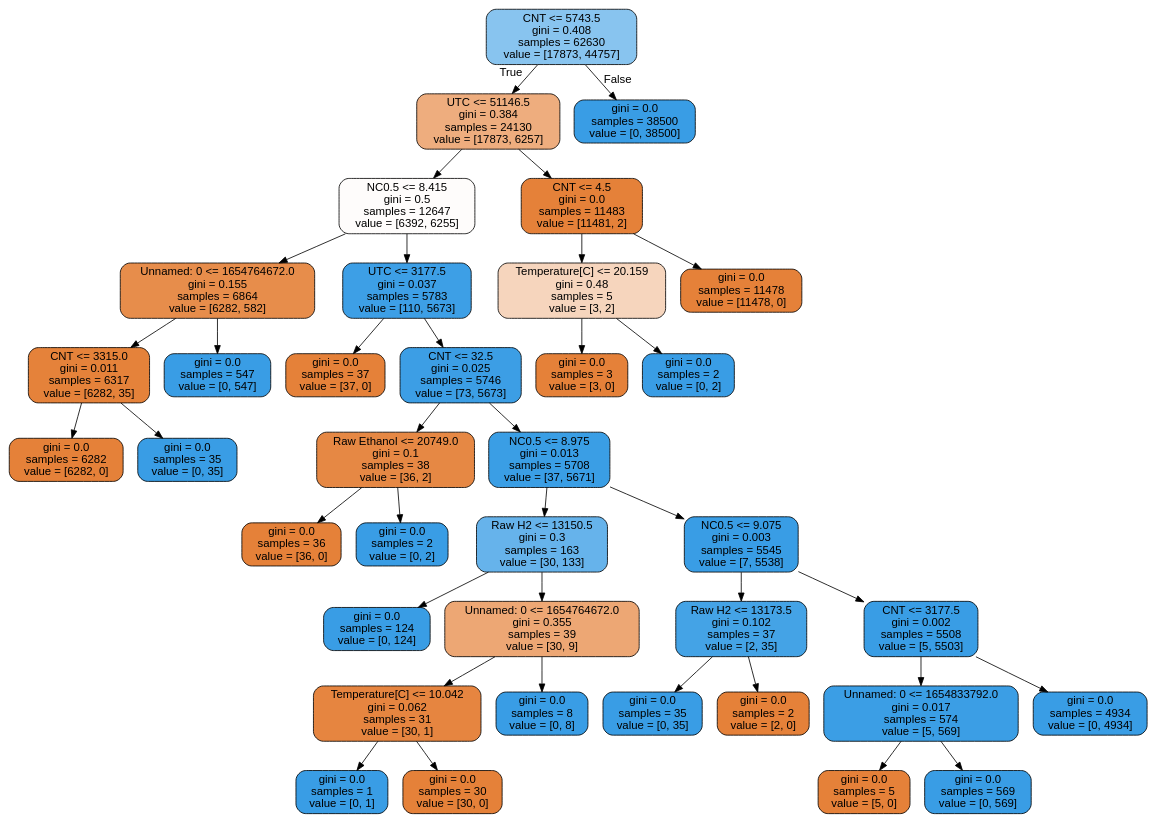
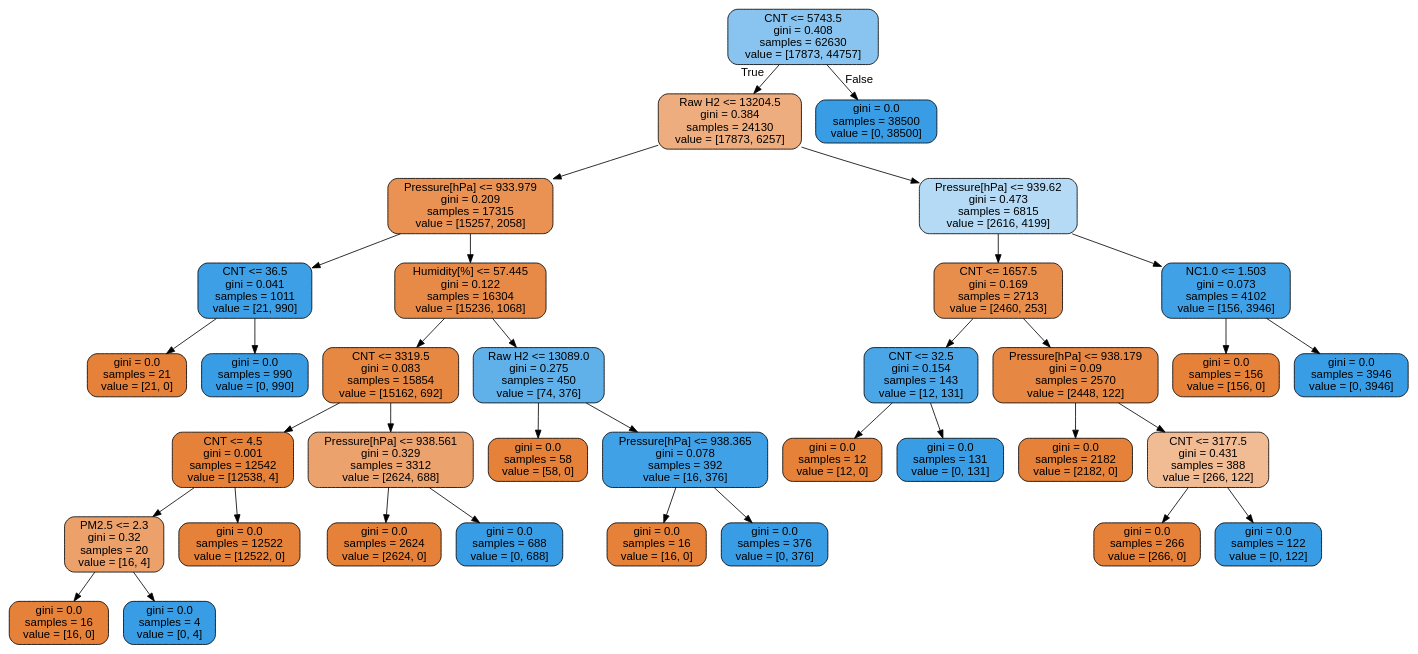
One commit to CommonDumlow/FirstMLmodel changed the diagram in model.dot. Above: the diagram before and after it, drawn with Graphviz. The commit also changed 3 other files, not shown here.

```diff
--- a/model.dot
+++ b/model.dot
@@ -1,77 +1,73 @@
 digraph Tree {
 node [shape=box, style="filled, rounded", color="black", fontname="helvetica"] ;
 edge [fontname="helvetica"] ;
 0 [label="CNT <= 5743.5\ngini = 0.408\nsamples = 62630\nvalue = [17873, 44757]", fillcolor="#88c4ef"] ;
-1 [label="UTC <= 51146.5\ngini = 0.384\nsamples = 24130\nvalue = [17873, 6257]", fillcolor="#eead7e"] ;
+1 [label="Raw H2 <= 13204.5\ngini = 0.384\nsamples = 24130\nvalue = [17873, 6257]", fillcolor="#eead7e"] ;
 0 -> 1 [labeldistance=2.5, labelangle=45, headlabel="True"] ;
-2 [label="NC0.5 <= 8.415\ngini = 0.5\nsamples = 12647\nvalue = [6392, 6255]", fillcolor="#fefcfb"] ;
+2 [label="Pressure[hPa] <= 933.979\ngini = 0.209\nsamples = 17315\nvalue = [15257, 2058]", fillcolor="#e99254"] ;
 1 -> 2 ;
-3 [label="Unnamed: 0 <= 1654764672.0\ngini = 0.155\nsamples = 6864\nvalue = [6282, 582]", fillcolor="#e78d4b"] ;
+3 [label="CNT <= 36.5\ngini = 0.041\nsamples = 1011\nvalue = [21, 990]", fillcolor="#3d9fe6"] ;
 2 -> 3 ;
-4 [label="CNT <= 3315.0\ngini = 0.011\nsamples = 6317\nvalue = [6282, 35]", fillcolor="#e5823a"] ;
+4 [label="gini = 0.0\nsamples = 21\nvalue = [21, 0]", fillcolor="#e58139"] ;
 3 -> 4 ;
-5 [label="gini = 0.0\nsamples = 6282\nvalue = [6282, 0]", fillcolor="#e58139"] ;
-4 -> 5 ;
-6 [label="gini = 0.0\nsamples = 35\nvalue = [0, 35]", fillcolor="#399de5"] ;
-4 -> 6 ;
-7 [label="gini = 0.0\nsamples = 547\nvalue = [0, 547]", fillcolor="#399de5"] ;
-3 -> 7 ;
-8 [label="UTC <= 3177.5\ngini = 0.037\nsamples = 5783\nvalue = [110, 5673]", fillcolor="#3d9fe6"] ;
-2 -> 8 ;
-9 [label="gini = 0.0\nsamples = 37\nvalue = [37, 0]", fillcolor="#e58139"] ;
+5 [label="gini = 0.0\nsamples = 990\nvalue = [0, 990]", fillcolor="#399de5"] ;
+3 -> 5 ;
+6 [label="Humidity[%] <= 57.445\ngini = 0.122\nsamples = 16304\nvalue = [15236, 1068]", fillcolor="#e78a47"] ;
+2 -> 6 ;
+7 [label="CNT <= 3319.5\ngini = 0.083\nsamples = 15854\nvalue = [15162, 692]", fillcolor="#e68742"] ;
+6 -> 7 ;
+8 [label="CNT <= 4.5\ngini = 0.001\nsamples = 12542\nvalue = [12538, 4]", fillcolor="#e58139"] ;
+7 -> 8 ;
+9 [label="PM2.5 <= 2.3\ngini = 0.32\nsamples = 20\nvalue = [16, 4]", fillcolor="#eca06a"] ;
 8 -> 9 ;
-10 [label="CNT <= 32.5\ngini = 0.025\nsamples = 5746\nvalue = [73, 5673]", fillcolor="#3c9ee5"] ;
-8 -> 10 ;
-11 [label="Raw Ethanol <= 20749.0\ngini = 0.1\nsamples = 38\nvalue = [36, 2]", fillcolor="#e68844"] ;
-10 -> 11 ;
-12 [label="gini = 0.0\nsamples = 36\nvalue = [36, 0]", fillcolor="#e58139"] ;
-11 -> 12 ;
-13 [label="gini = 0.0\nsamples = 2\nvalue = [0, 2]", fillcolor="#399de5"] ;
-11 -> 13 ;
-14 [label="NC0.5 <= 8.975\ngini = 0.013\nsamples = 5708\nvalue = [37, 5671]", fillcolor="#3a9ee5"] ;
-10 -> 14 ;
-15 [label="Raw H2 <= 13150.5\ngini = 0.3\nsamples = 163\nvalue = [30, 133]", fillcolor="#66b3eb"] ;
-14 -> 15 ;
-16 [label="gini = 0.0\nsamples = 124\nvalue = [0, 124]", fillcolor="#399de5"] ;
-15 -> 16 ;
-17 [label="Unnamed: 0 <= 1654764672.0\ngini = 0.355\nsamples = 39\nvalue = [30, 9]", fillcolor="#eda774"] ;
-15 -> 17 ;
-18 [label="Temperature[C] <= 10.042\ngini = 0.062\nsamples = 31\nvalue = [30, 1]", fillcolor="#e68540"] ;
-17 -> 18 ;
-19 [label="gini = 0.0\nsamples = 1\nvalue = [0, 1]", fillcolor="#399de5"] ;
+10 [label="gini = 0.0\nsamples = 16\nvalue = [16, 0]", fillcolor="#e58139"] ;
+9 -> 10 ;
+11 [label="gini = 0.0\nsamples = 4\nvalue = [0, 4]", fillcolor="#399de5"] ;
+9 -> 11 ;
+12 [label="gini = 0.0\nsamples = 12522\nvalue = [12522, 0]", fillcolor="#e58139"] ;
+8 -> 12 ;
+13 [label="Pressure[hPa] <= 938.561\ngini = 0.329\nsamples = 3312\nvalue = [2624, 688]", fillcolor="#eca26d"] ;
+7 -> 13 ;
+14 [label="gini = 0.0\nsamples = 2624\nvalue = [2624, 0]", fillcolor="#e58139"] ;
+13 -> 14 ;
+15 [label="gini = 0.0\nsamples = 688\nvalue = [0, 688]", fillcolor="#399de5"] ;
+13 -> 15 ;
+16 [label="Raw H2 <= 13089.0\ngini = 0.275\nsamples = 450\nvalue = [74, 376]", fillcolor="#60b0ea"] ;
+6 -> 16 ;
+17 [label="gini = 0.0\nsamples = 58\nvalue = [58, 0]", fillcolor="#e58139"] ;
+16 -> 17 ;
+18 [label="Pressure[hPa] <= 938.365\ngini = 0.078\nsamples = 392\nvalue = [16, 376]", fillcolor="#41a1e6"] ;
+16 -> 18 ;
+19 [label="gini = 0.0\nsamples = 16\nvalue = [16, 0]", fillcolor="#e58139"] ;
 18 -> 19 ;
-20 [label="gini = 0.0\nsamples = 30\nvalue = [30, 0]", fillcolor="#e58139"] ;
+20 [label="gini = 0.0\nsamples = 376\nvalue = [0, 376]", fillcolor="#399de5"] ;
 18 -> 20 ;
-21 [label="gini = 0.0\nsamples = 8\nvalue = [0, 8]", fillcolor="#399de5"] ;
-17 -> 21 ;
-22 [label="NC0.5 <= 9.075\ngini = 0.003\nsamples = 5545\nvalue = [7, 5538]", fillcolor="#399de5"] ;
-14 -> 22 ;
-23 [label="Raw H2 <= 13173.5\ngini = 0.102\nsamples = 37\nvalue = [2, 35]", fillcolor="#44a3e6"] ;
+21 [label="Pressure[hPa] <= 939.62\ngini = 0.473\nsamples = 6815\nvalue = [2616, 4199]", fillcolor="#b4daf5"] ;
+1 -> 21 ;
+22 [label="CNT <= 1657.5\ngini = 0.169\nsamples = 2713\nvalue = [2460, 253]", fillcolor="#e88e4d"] ;
+21 -> 22 ;
+23 [label="CNT <= 32.5\ngini = 0.154\nsamples = 143\nvalue = [12, 131]", fillcolor="#4ba6e7"] ;
 22 -> 23 ;
-24 [label="gini = 0.0\nsamples = 35\nvalue = [0, 35]", fillcolor="#399de5"] ;
+24 [label="gini = 0.0\nsamples = 12\nvalue = [12, 0]", fillcolor="#e58139"] ;
 23 -> 24 ;
-25 [label="gini = 0.0\nsamples = 2\nvalue = [2, 0]", fillcolor="#e58139"] ;
+25 [label="gini = 0.0\nsamples = 131\nvalue = [0, 131]", fillcolor="#399de5"] ;
 23 -> 25 ;
-26 [label="CNT <= 3177.5\ngini = 0.002\nsamples = 5508\nvalue = [5, 5503]", fillcolor="#399de5"] ;
+26 [label="Pressure[hPa] <= 938.179\ngini = 0.09\nsamples = 2570\nvalue = [2448, 122]", fillcolor="#e68743"] ;
 22 -> 26 ;
-27 [label="Unnamed: 0 <= 1654833792.0\ngini = 0.017\nsamples = 574\nvalue = [5, 569]", fillcolor="#3b9ee5"] ;
+27 [label="gini = 0.0\nsamples = 2182\nvalue = [2182, 0]", fillcolor="#e58139"] ;
 26 -> 27 ;
-28 [label="gini = 0.0\nsamples = 5\nvalue = [5, 0]", fillcolor="#e58139"] ;
-27 -> 28 ;
-29 [label="gini = 0.0\nsamples = 569\nvalue = [0, 569]", fillcolor="#399de5"] ;
-27 -> 29 ;
-30 [label="gini = 0.0\nsamples = 4934\nvalue = [0, 4934]", fillcolor="#399de5"] ;
-26 -> 30 ;
-31 [label="CNT <= 4.5\ngini = 0.0\nsamples = 11483\nvalue = [11481, 2]", fillcolor="#e58139"] ;
-1 -> 31 ;
-32 [label="Temperature[C] <= 20.159\ngini = 0.48\nsamples = 5\nvalue = [3, 2]", fillcolor="#f6d5bd"] ;
+28 [label="CNT <= 3177.5\ngini = 0.431\nsamples = 388\nvalue = [266, 122]", fillcolor="#f1bb94"] ;
+26 -> 28 ;
+29 [label="gini = 0.0\nsamples = 266\nvalue = [266, 0]", fillcolor="#e58139"] ;
+28 -> 29 ;
+30 [label="gini = 0.0\nsamples = 122\nvalue = [0, 122]", fillcolor="#399de5"] ;
+28 -> 30 ;
+31 [label="NC1.0 <= 1.503\ngini = 0.073\nsamples = 4102\nvalue = [156, 3946]", fillcolor="#41a1e6"] ;
+21 -> 31 ;
+32 [label="gini = 0.0\nsamples = 156\nvalue = [156, 0]", fillcolor="#e58139"] ;
 31 -> 32 ;
-33 [label="gini = 0.0\nsamples = 3\nvalue = [3, 0]", fillcolor="#e58139"] ;
-32 -> 33 ;
-34 [label="gini = 0.0\nsamples = 2\nvalue = [0, 2]", fillcolor="#399de5"] ;
-32 -> 34 ;
-35 [label="gini = 0.0\nsamples = 11478\nvalue = [11478, 0]", fillcolor="#e58139"] ;
-31 -> 35 ;
-36 [label="gini = 0.0\nsamples = 38500\nvalue = [0, 38500]", fillcolor="#399de5"] ;
-0 -> 36 [labeldistance=2.5, labelangle=-45, headlabel="False"] ;
+33 [label="gini = 0.0\nsamples = 3946\nvalue = [0, 3946]", fillcolor="#399de5"] ;
+31 -> 33 ;
+34 [label="gini = 0.0\nsamples = 38500\nvalue = [0, 38500]", fillcolor="#399de5"] ;
+0 -> 34 [labeldistance=2.5, labelangle=-45, headlabel="False"] ;
 }
```
